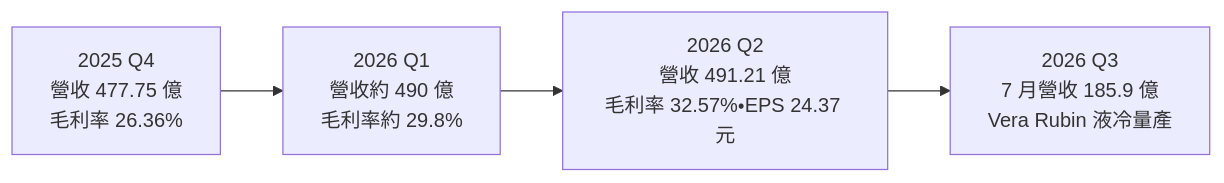
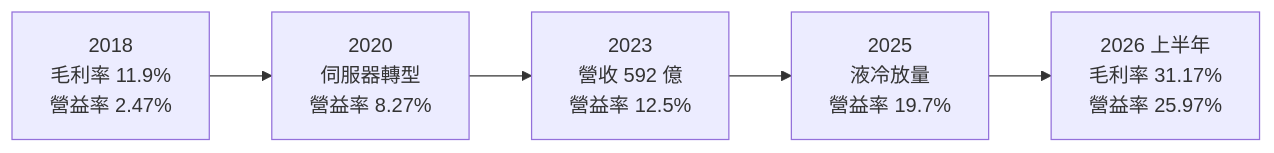
The third of 4 diagrams in 個股/台股/3017奇鋐.md (wangnick1004/taiwan-stock-vault), drawn with Mermaid before and after one commit. The commit also changed other lines of this file and 7 other files, not shown here.

````diff
--- a/個股/台股/3017奇鋐.md
+++ b/個股/台股/3017奇鋐.md
@@ -133,4 +137,4 @@
 ```mermaid
 flowchart LR
-    Q4["2025 Q4<br/>營收 477.75 億<br/>毛利率 26.36%"] --> Q1["2026 Q1<br/>營收約 490 億<br/>毛利率約 29.8%"] --> Q2["2026 Q2<br/>營收 491.21 億<br/>毛利率 32.57%・EPS 24.37 元"] --> Q3["2026 Q3<br/>7 月營收 185.9 億<br/>Vera Rubin 液冷量產"]
+    Y18["2018<br/>毛利率 11.9%<br/>營益率 2.47%"] --> Y20["2020<br/>伺服器轉型<br/>營益率 8.27%"] --> Y23["2023<br/>營收 592 億<br/>營益率 12.5%"] --> Y25["2025<br/>液冷放量<br/>營益率 19.7%"] --> H26["2026 上半年<br/>毛利率 31.17%<br/>營益率 25.97%"]
 ```
````
